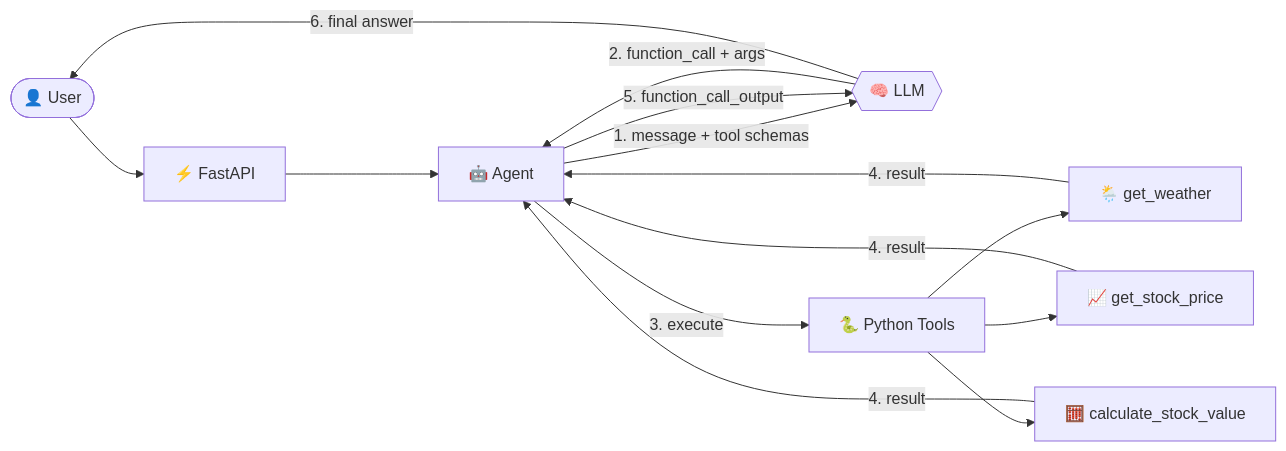
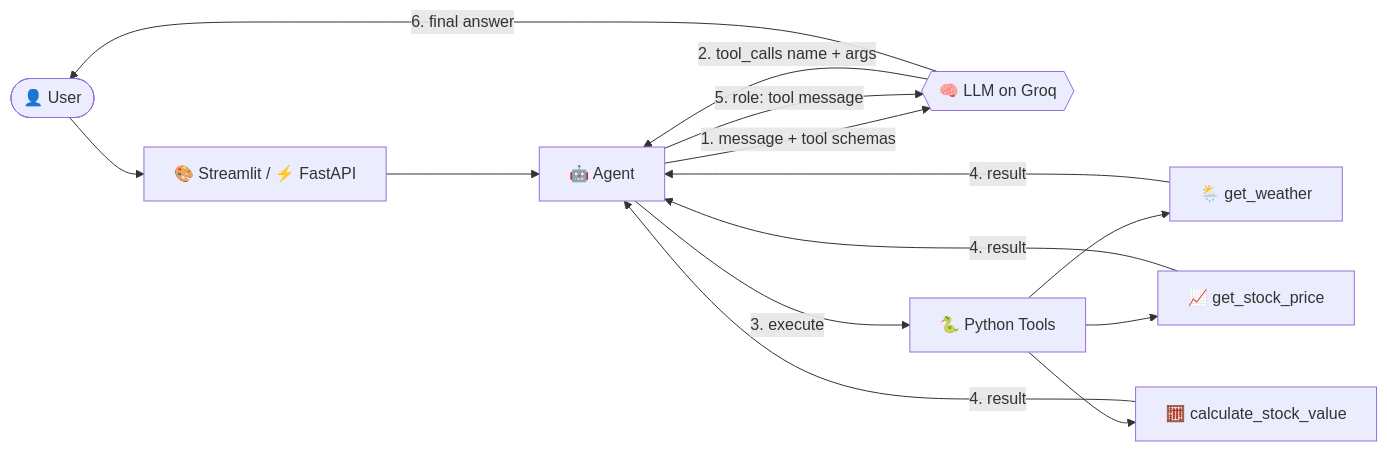
One commit to Vaibhavsable451/techtaru-digital-task changed the diagram in Task2/README.md. Above: the diagram before and after it, drawn with Mermaid. The commit also changed other lines of this file, not shown here.

````diff
--- a/Task2/README.md
+++ b/Task2/README.md
@@ -61,14 +66,14 @@
 ```mermaid
 flowchart LR
-    U([👤 User]) --> F[⚡ FastAPI]
-    F --> A[🤖 Agent]
-    A -->|1. message + tool schemas| L{{🧠 LLM}}
-    L -->|2. function_call + args| A
+    U([👤 User]) --> UI[🎨 Streamlit / ⚡ FastAPI]
+    UI --> A[🤖 Agent]
+    A -->|1. message + tool schemas| L{{🧠 LLM on Groq}}
+    L -->|2. tool_calls name + args| A
     A -->|3. execute| T[🐍 Python Tools]
     T --> W[🌦️ get_weather]
     T --> S[📈 get_stock_price]
     T --> C[🧮 calculate_stock_value]
     W & S & C -->|4. result| A
-    A -->|5. function_call_output| L
+    A -->|5. role: tool message| L
     L -->|6. final answer| U
 ```
````
